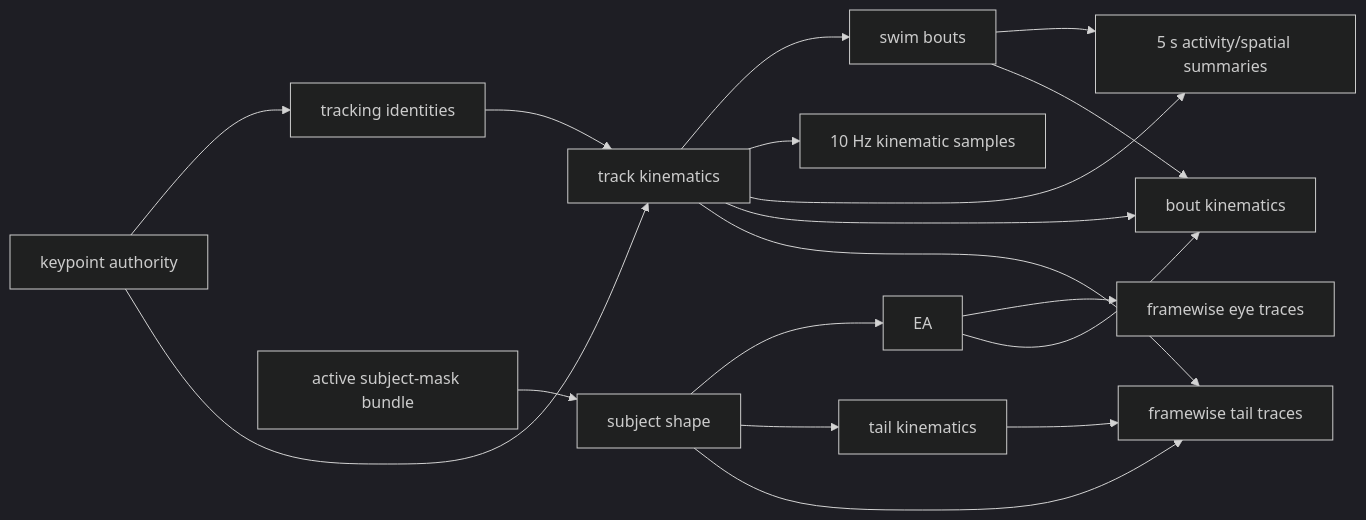
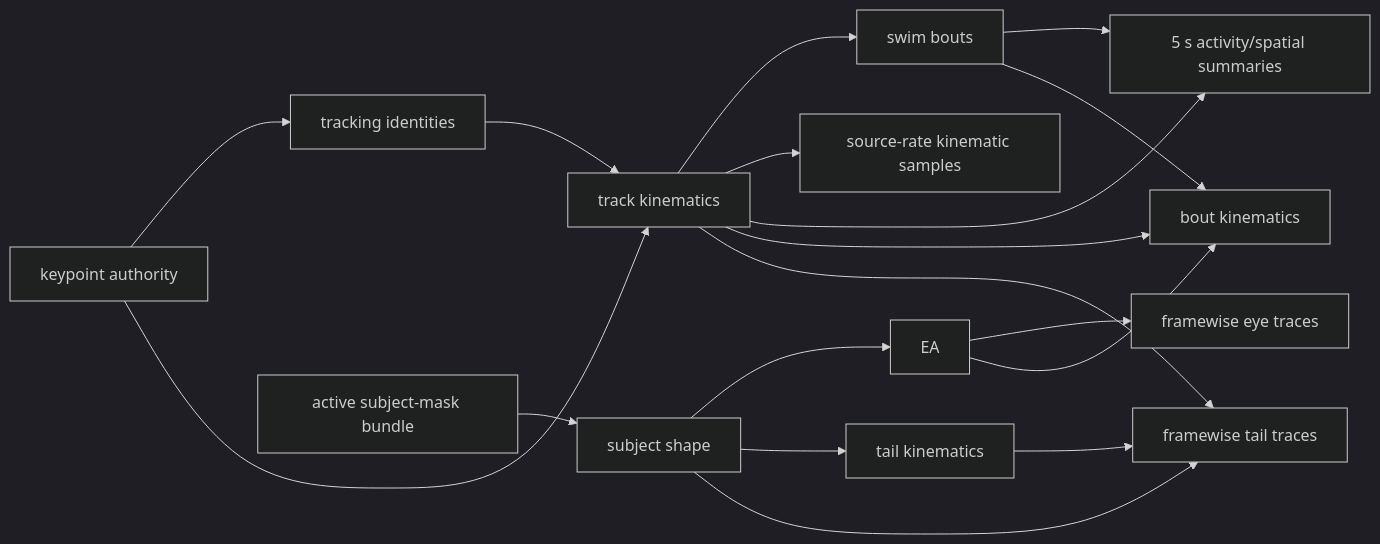
Before and after one commit to jmdelahanty/palette: the diagram in docs/analysis_workflow_dag.md, drawn with Mermaid (dark theme). The commit also changed other lines of this file and 14 other files, not shown here.

````diff
--- a/docs/analysis_workflow_dag.md
+++ b/docs/analysis_workflow_dag.md
@@ -69,22 +72,22 @@
 ```mermaid
 flowchart LR
   RK[keypoint authority] --> TR[tracking identities]
   TR --> TK[track kinematics]
   RK --> TK
   TK --> SB[swim bouts]
-  TK --> KS[10 Hz kinematic samples]
+  TK --> KS[source-rate kinematic samples]
   TK --> AS[5 s activity/spatial summaries]
   SB --> AS
   SB --> BK[bout kinematics]
   TK --> BK
 
   RM[active subject-mask bundle] --> SS[subject shape]
   SS --> EA
   EA --> ET[framewise eye traces]
   EA --> BK
 
   SS --> TKM[tail kinematics]
   SS --> TT[framewise tail traces]
   TKM --> TT
   TK --> TT
 ```
````
